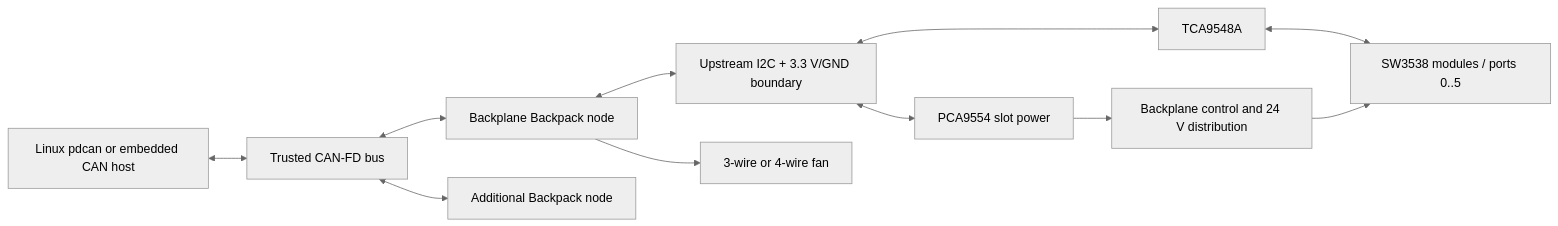
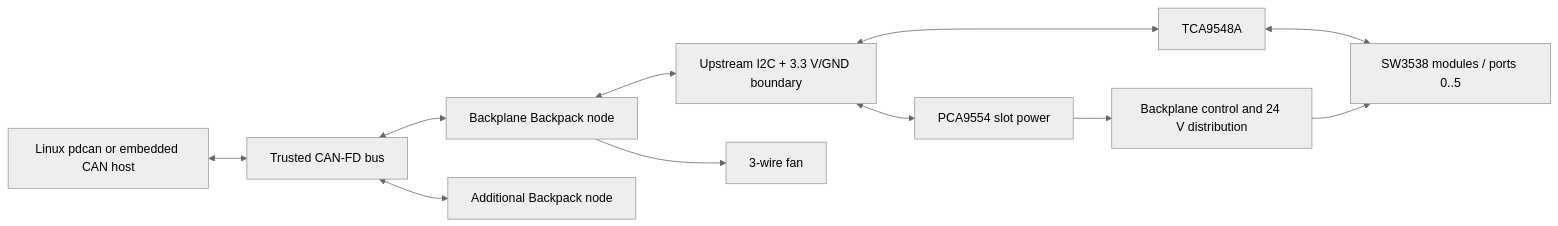
Before and after one commit to kquinsland/modular-rack-mount-power-system: the diagram in docs/system-overview.md, drawn with Mermaid (neutral theme). The commit also changed other lines of this file and 7 other files, not shown here.

````diff
--- a/docs/system-overview.md
+++ b/docs/system-overview.md
@@ -7,24 +7,24 @@
 ```mermaid
 flowchart LR
     host[Linux pdcan or embedded CAN host]
     can[Trusted CAN-FD bus]
     backpack1[Backplane Backpack node]
     backpack2[Additional Backpack node]
     boundary[Upstream I2C + 3.3 V/GND boundary]
     backplane[Backplane control and 24 V distribution]
     pca[PCA9554 slot power]
     mux[TCA9548A]
     modules[SW3538 modules / ports 0..5]
-    fan[3-wire or 4-wire fan]
+    fan[3-wire fan]
 
     host <--> can
     can <--> backpack1
     can <--> backpack2
     backpack1 <--> boundary
     boundary <--> pca
     boundary <--> mux
     pca --> backplane
     mux <--> modules
     backplane --> modules
     backpack1 --> fan
 ```
````
